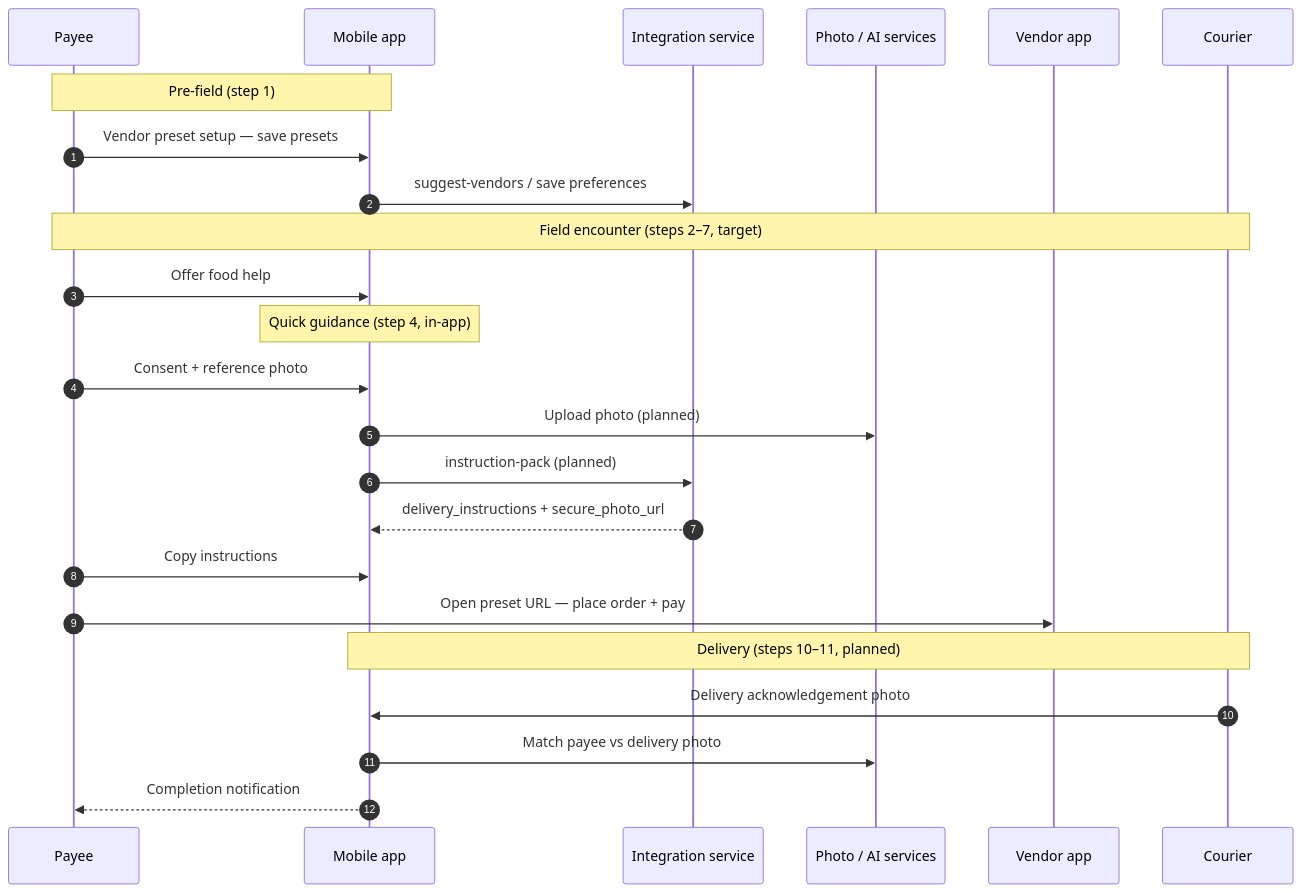
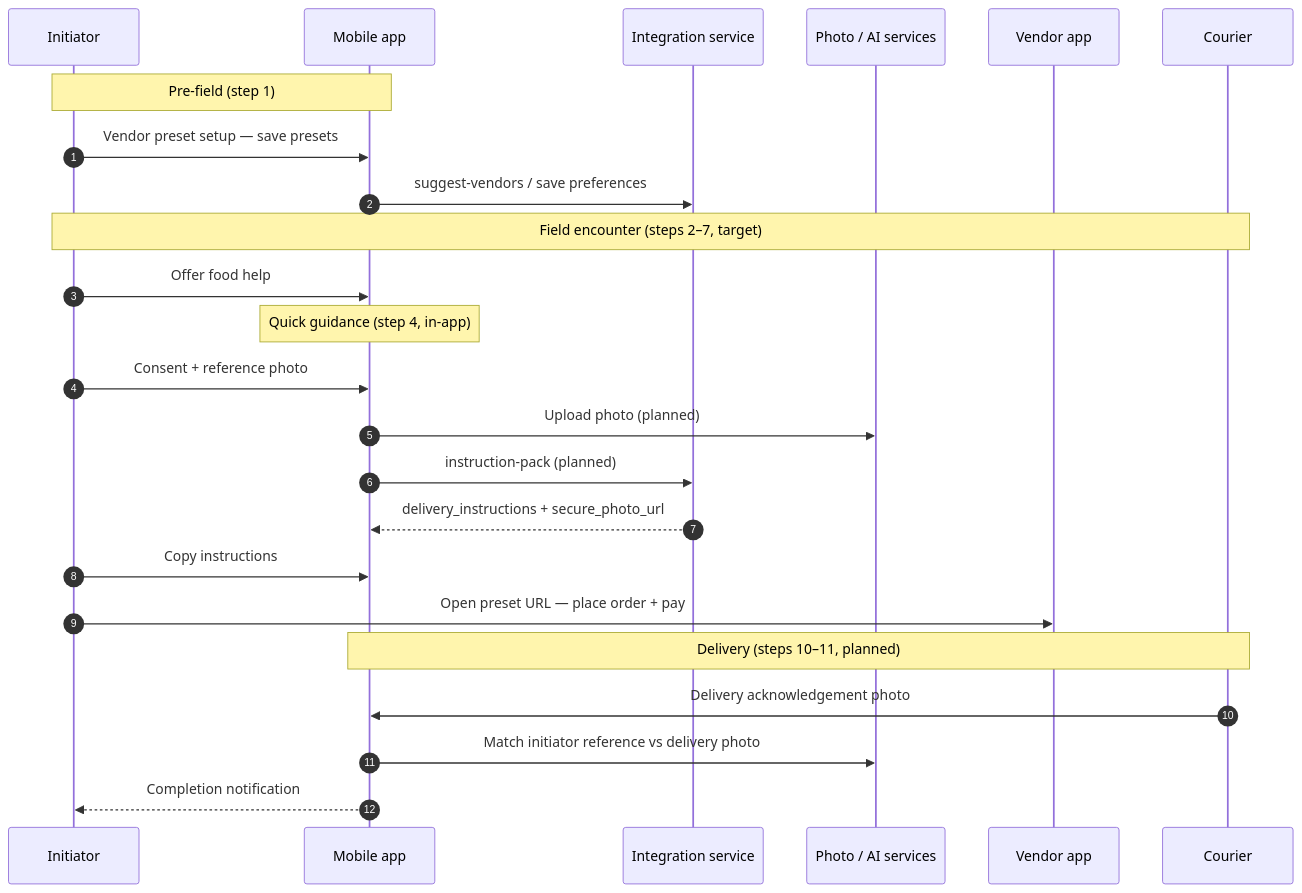
The third of 4 diagrams in design/SharingBridge_End_to_End_Workflow.md (sharingbridge/sharingbridge), drawn with Mermaid before and after one commit. The commit also changed other lines of this file and 21 other files, not shown here.

Commit message:
Lock vocabulary: initiator, payer, payee as payment recipient.

````diff
--- a/design/SharingBridge_End_to_End_Workflow.md
+++ b/design/SharingBridge_End_to_End_Workflow.md
@@ -116,29 +116,29 @@
 ```mermaid
 sequenceDiagram
   autonumber
-  participant D as Payee
+  participant D as Initiator
   participant M as Mobile app
   participant I as Integration service
   participant P as Photo / AI services
   participant V as Vendor app
   participant C as Courier
 
   Note over D,M: Pre-field (step 1)
   D->>M: Vendor preset setup — save presets
   M->>I: suggest-vendors / save preferences
 
   Note over D,C: Field encounter (steps 2–7, target)
   D->>M: Offer food help
   Note over M: Quick guidance (step 4, in-app)
   D->>M: Consent + reference photo
   M->>P: Upload photo (planned)
   M->>I: instruction-pack (planned)
   I-->>M: delivery_instructions + secure_photo_url
   D->>M: Copy instructions
   D->>V: Open preset URL — place order + pay
 
   Note over C,M: Delivery (steps 10–11, planned)
   C->>M: Delivery acknowledgement photo
-  M->>P: Match payee vs delivery photo
+  M->>P: Match initiator reference vs delivery photo
   M-->>D: Completion notification
 ```
````
